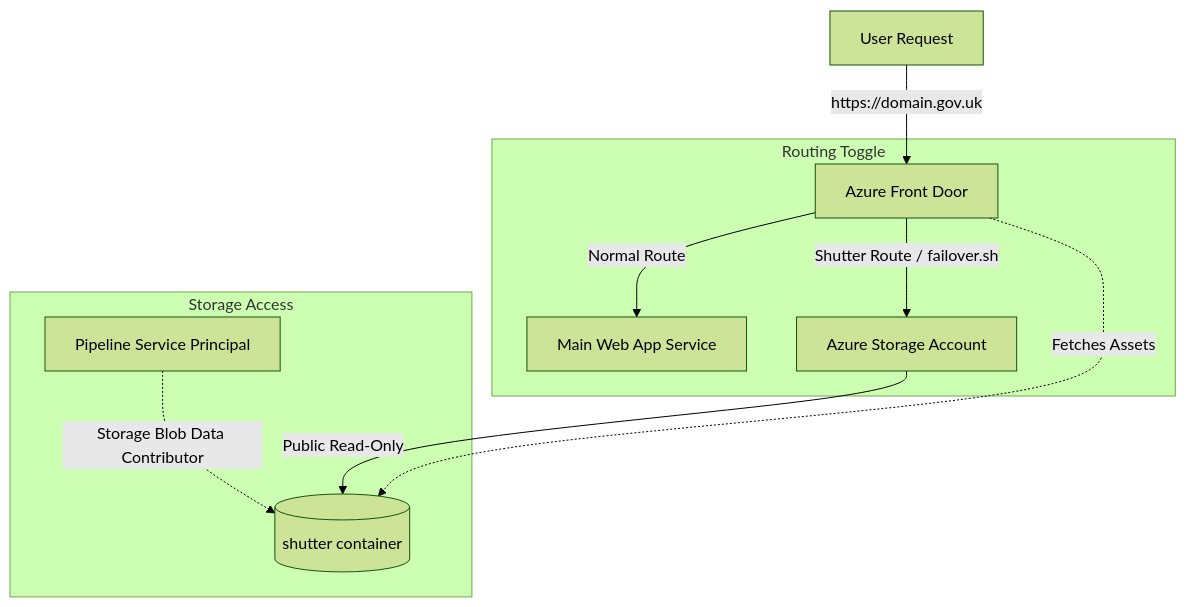
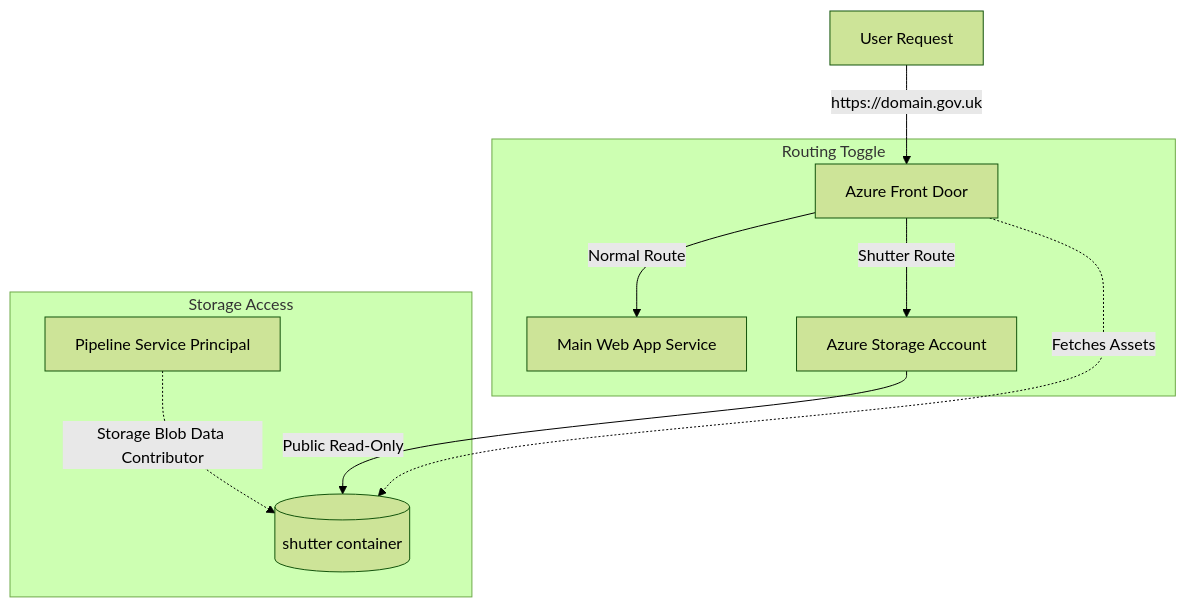
Before and after one commit to DFE-Digital/accessing-childcare-entitlement-checker: the diagram in docs/content/explanation/shutter-service.md, drawn with Mermaid (forest theme). The commit also changed other lines of this file and 5 other files, not shown here.

````diff
--- a/docs/content/explanation/shutter-service.md
+++ b/docs/content/explanation/shutter-service.md
@@ -40,15 +40,15 @@
 ```mermaid
 graph TD
     User[User Request] -->|https://domain.gov.uk| AFD[Azure Front Door]
     
     subgraph Routing Toggle
         AFD -->|Normal Route| WebApp[Main Web App Service]
-        AFD -->|Shutter Route / failover.sh| ShutterStorage[Azure Storage Account]
+        AFD -->|Shutter Route| ShutterStorage[Azure Storage Account]
     end
     
     subgraph Storage Access
         ShutterStorage -->|Public Read-Only| ShutterContainer[(shutter container)]
         PipelineSP[Pipeline Service Principal] -.->|Storage Blob Data Contributor| ShutterContainer
         AFD -.->|Fetches Assets| ShutterContainer
     end
 ```
````
